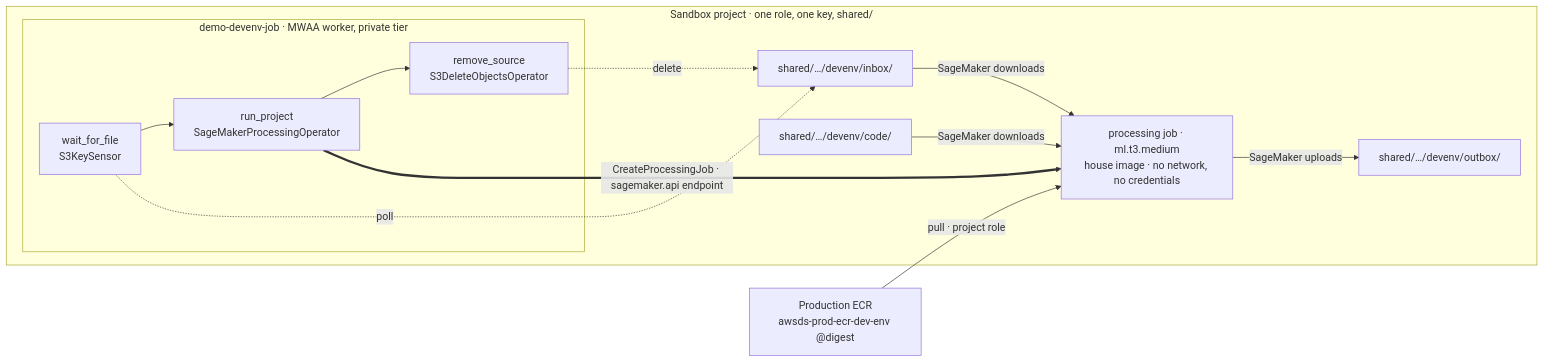
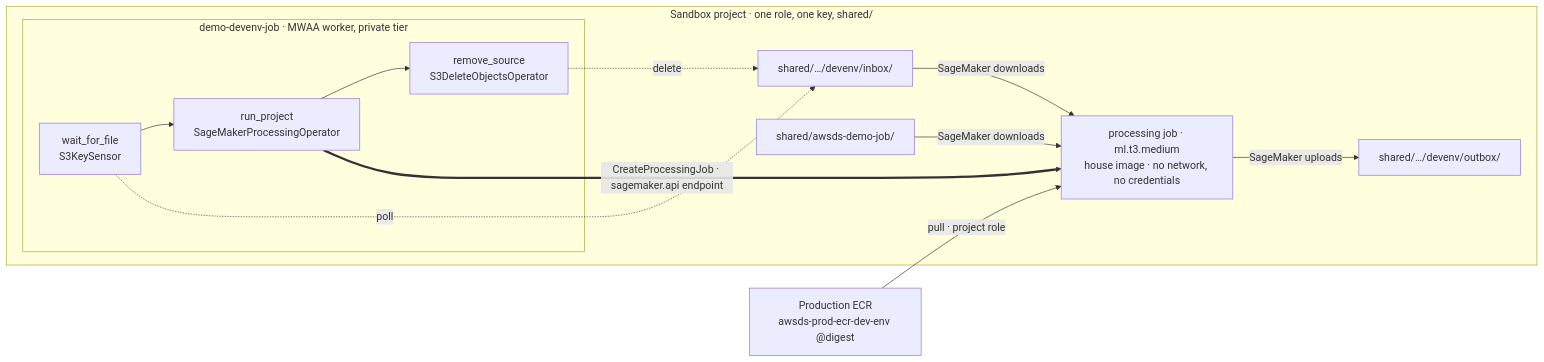
The diagram in docs/plan/stages/stage-06i-sandbox-orchestration.md (felipenoris/AWS-DataScience), drawn with Mermaid before and after one commit. The commit also changed other lines of this file and 4 other files, not shown here.

First line of the commit message:
6i: the project's code lives at shared/awsds-demo-job/

````diff
--- a/docs/plan/stages/stage-06i-sandbox-orchestration.md
+++ b/docs/plan/stages/stage-06i-sandbox-orchestration.md
@@ -146,20 +147,20 @@
 ```mermaid
 flowchart LR
     subgraph PRJ["Sandbox project · one role, one key, shared/"]
         IN["shared/…/devenv/inbox/"]
-        CODE["shared/…/devenv/code/"]
+        CODE["shared/awsds-demo-job/"]
         OUT["shared/…/devenv/outbox/"]
         subgraph WF["demo-devenv-job · MWAA worker, private tier"]
             S["wait_for_file<br/>S3KeySensor"] --> P["run_project<br/>SageMakerProcessingOperator"] --> D["remove_source<br/>S3DeleteObjectsOperator"]
         end
         JOB["processing job · ml.t3.medium<br/>house image · no network, no credentials"]
     end
     ECR["Production ECR<br/>awsds-prod-ecr-dev-env @digest"]
     S -.->|"poll"| IN
     P ==>|"CreateProcessingJob · sagemaker.api endpoint"| JOB
     ECR -->|"pull · project role"| JOB
     IN -->|"SageMaker downloads"| JOB
     CODE -->|"SageMaker downloads"| JOB
     JOB -->|"SageMaker uploads"| OUT
     D -.->|"delete"| IN
 ```
````
